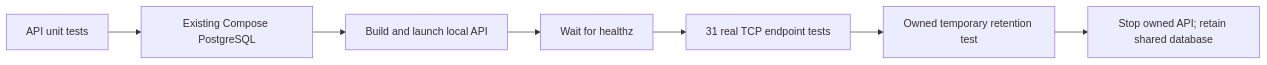
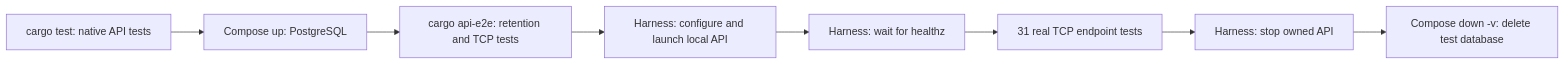
The first of 2 diagrams in docs/verification.md (enzumeii/monolith), drawn with Mermaid before and after one commit. The commit also changed other lines of this file and 13 other files, not shown here.

Commit message:
refactor(api): simplify e2e test orchestration

````diff
--- a/docs/verification.md
+++ b/docs/verification.md
@@ -31,9 +33,10 @@
 ```mermaid
 flowchart LR
-    UNIT["API unit tests"] --> PG["Existing Compose PostgreSQL"]
-    PG --> BUILD["Build and launch local API"]
-    BUILD --> READY["Wait for healthz"]
+    UNIT["cargo test: native API tests"] --> PG["Compose up: PostgreSQL"]
+    PG --> CARGO["cargo api-e2e: retention and TCP tests"]
+    CARGO --> HARNESS["Harness: configure and launch local API"]
+    HARNESS --> READY["Harness: wait for healthz"]
     READY --> TCP["31 real TCP endpoint tests"]
-    TCP --> RET["Owned temporary retention test"]
-    RET --> STOP["Stop owned API; retain shared database"]
+    TCP --> STOP["Harness: stop owned API"]
+    STOP --> DOWN["Compose down -v: delete test database"]
 ```
````
